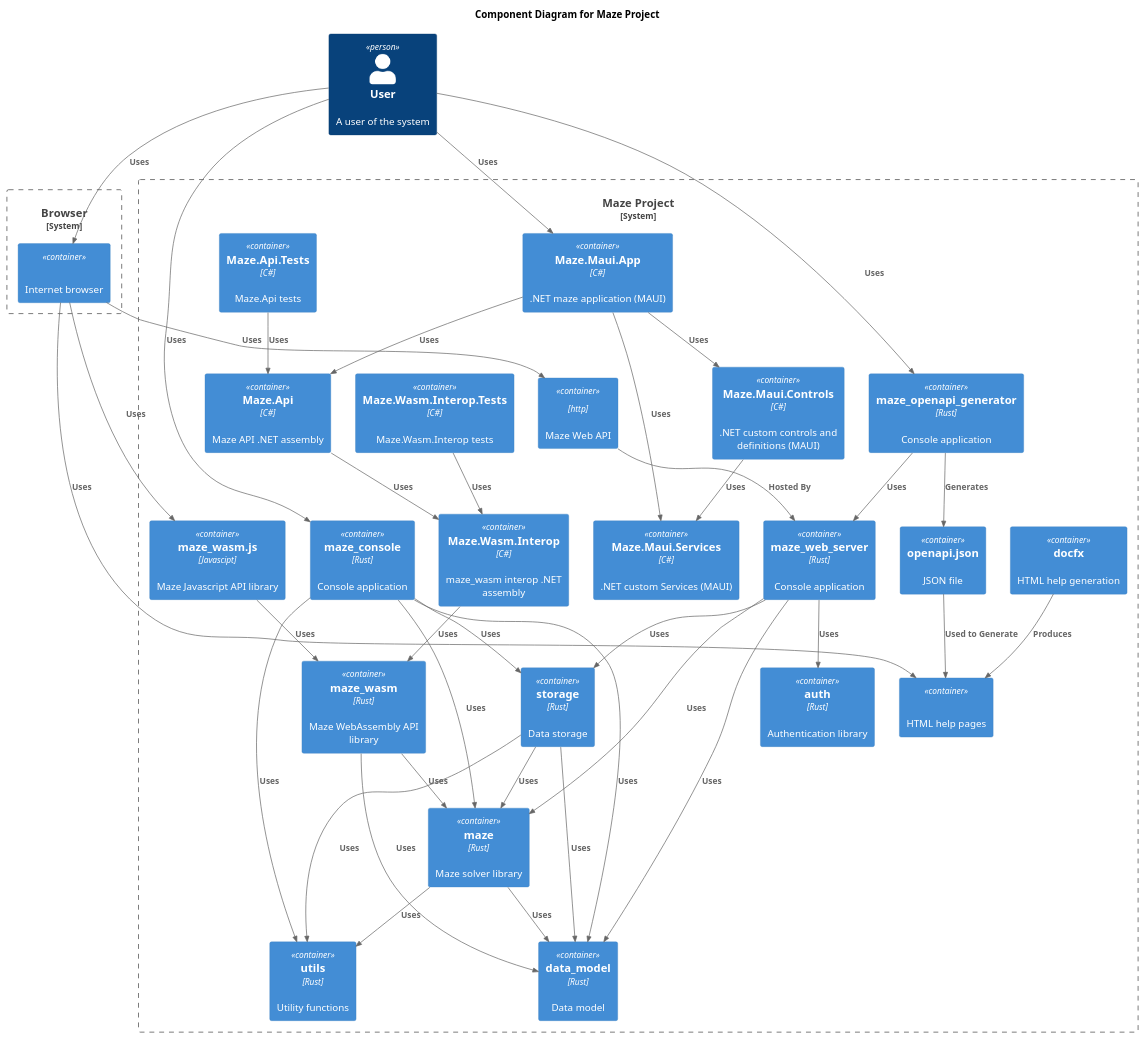
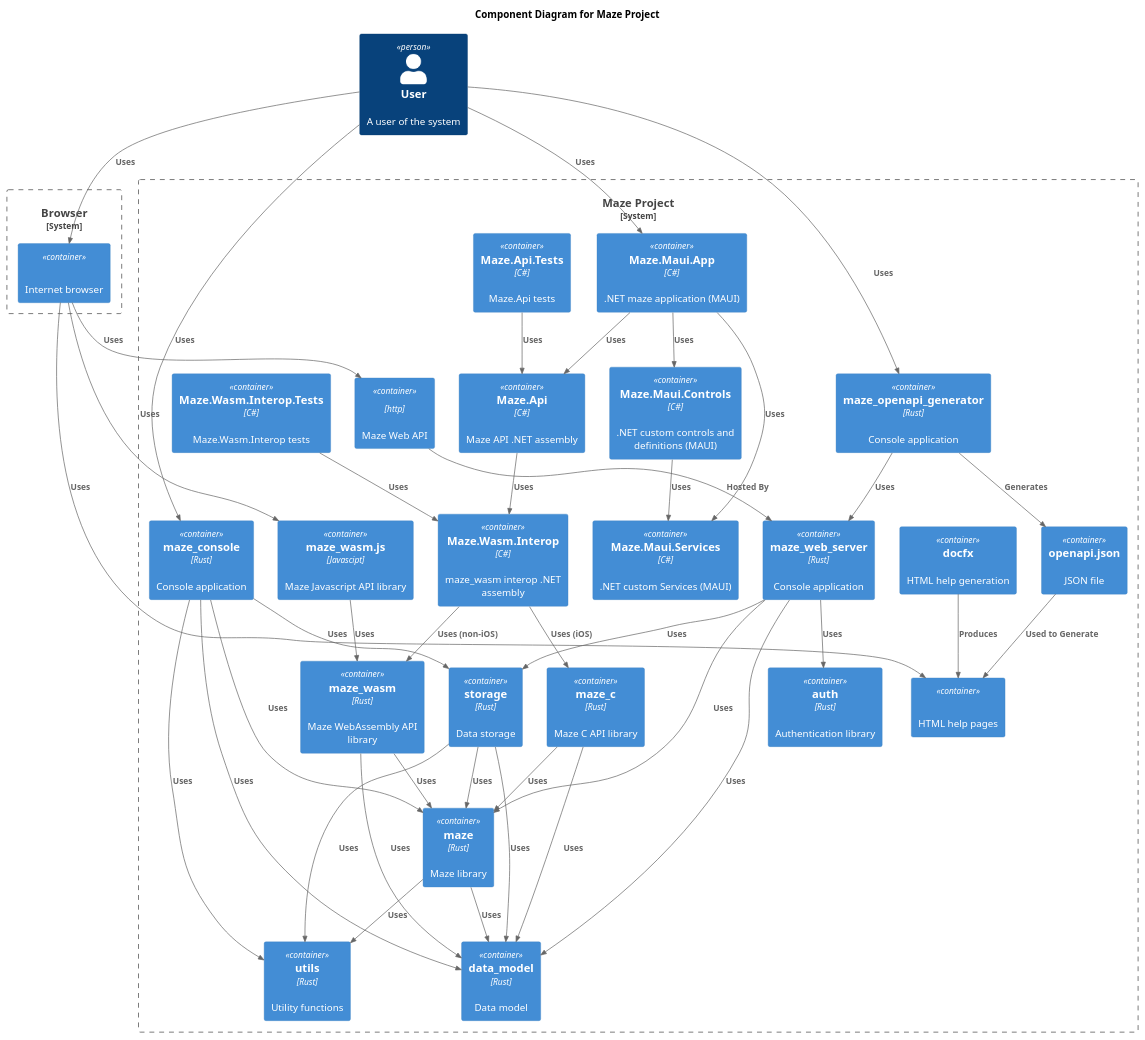
One commit to budgiedownunder/maze changed the diagram in docs/diagrams/components.puml. Above: the diagram before and after it, drawn with PlantUML. The commit also changed 16 other files, not shown here.

Commit message:
1. Update for iOS build on both ios-arm64 and ios-arm64-sim (based on libmaze_c.a) - drop support for libwasmer.a 2. Add maze_c crate to build and test GitHub workflow 3. Update READMEs and diagrams

```diff
--- a/docs/diagrams/components.puml
+++ b/docs/diagrams/components.puml
@@ -2,74 +2,78 @@
 @startuml
 
 !include https://raw.githubusercontent.com/plantuml-stdlib/C4-PlantUML/master/C4_Container.puml
 
 title Component Diagram for Maze Project
 
 Person(user, "User", "A user of the system")
 
 System_Boundary(c1, "Browser") {
     Container(browser, "", "", "Internet browser")
 }
 
 System_Boundary(c2, "Maze Project") {
     Container(html_help, "", "", "HTML help pages")
     Container(auth, "auth", "Rust", "Authentication library")
     Container(data_model, "data_model", "Rust", "Data model")
     Container(docfx, "docfx", "", "HTML help generation")
-    Container(maze, "maze", "Rust", "Maze solver library")
+    Container(maze, "maze", "Rust", "Maze library")
     Container(maze_maui_app_net, "Maze.Maui.App", "C#", ".NET maze application (MAUI)")
     Container(maze_maui_controls_net, "Maze.Maui.Controls", "C#", ".NET custom controls and definitions (MAUI)")
     Container(maze_maui_services_net, "Maze.Maui.Services", "C#", ".NET custom Services (MAUI)")
     Container(maze_api_net_tests, "Maze.Api.Tests", "C#", "Maze.Api tests")
     Container(maze_api_net, "Maze.Api", "C#", "Maze API .NET assembly")
     Container(maze_wasm_interop_net_tests, "Maze.Wasm.Interop.Tests", "C#", "Maze.Wasm.Interop tests")
     Container(maze_wasm_interop_net, "Maze.Wasm.Interop", "C#", "maze_wasm interop .NET assembly")
     Container(maze_wasm_js, "maze_wasm.js", "Javascipt", "Maze Javascript API library")
     Container(maze_wasm, "maze_wasm", "Rust", "Maze WebAssembly API library")
+    Container(maze_c, "maze_c", "Rust", "Maze C API library")
     Container(maze_console, "maze_console", "Rust", "Console application")
     Container(maze_web_api, "", "http", "Maze Web API")
     Container(maze_web_server, "maze_web_server", "Rust", "Console application")
     Container(maze_openapi_generator, "maze_openapi_generator", "Rust", "Console application")
     Container(openapi_json, "openapi.json", "", "JSON file")
     Container(storage, "storage", "Rust", "Data storage")
     Container(utils, "utils", "Rust", "Utility functions")
 }
 
 Rel(user, browser, "Uses")
 Rel(browser, html_help, "Uses")
 Rel(browser, maze_wasm_js, "Uses")
 Rel(docfx, html_help, "Produces")
 Rel(user, maze_console, "Uses")
 Rel(maze_console, data_model, "Uses")
 Rel(maze_console, maze, "Uses")
 Rel(maze_console, storage, "Uses")
 Rel(maze_console, utils, "Uses")
 Rel(browser, maze_web_api, "Uses")
 Rel(maze_web_api, maze_web_server, "Hosted By")
 Rel(maze_web_server, auth, "Uses")
 Rel(maze_web_server, data_model, "Uses")
 Rel(maze_web_server, maze, "Uses")
 Rel(maze_web_server, storage, "Uses")
 Rel(user, maze_openapi_generator, "Uses")
 Rel(maze_openapi_generator, maze_web_server, "Uses")
 Rel(maze_openapi_generator, openapi_json, "Generates")
 Rel(openapi_json, html_help, "Used to Generate")
 Rel(user, maze_maui_app_net, "Uses")
 Rel(maze_maui_app_net, maze_maui_controls_net, "Uses")
 Rel(maze_maui_app_net, maze_maui_services_net, "Uses")
 Rel(maze_maui_app_net, maze_api_net, "Uses")
 Rel(maze_maui_controls_net, maze_maui_services_net, "Uses")
 Rel(maze_api_net_tests, maze_api_net, "Uses")
 Rel(maze_api_net, maze_wasm_interop_net, "Uses")
 Rel(maze_wasm_interop_net_tests, maze_wasm_interop_net, "Uses")
-Rel(maze_wasm_interop_net, maze_wasm, "Uses")
+Rel(maze_wasm_interop_net, maze_wasm, "Uses (non-iOS)")
+Rel(maze_wasm_interop_net, maze_c, "Uses (iOS)")
 Rel(maze_wasm_js, maze_wasm, "Uses")
 Rel(maze_wasm, data_model, "Uses")
 Rel(maze_wasm, maze, "Uses")
+Rel(maze_c, data_model, "Uses")
+Rel(maze_c, maze, "Uses")
 Rel(storage, data_model, "Uses")
 Rel(storage, maze, "Uses")
 Rel(storage, utils, "Uses")
 Rel(maze, data_model, "Uses")
 Rel(maze, utils, "Uses")
 
 @enduml
```
